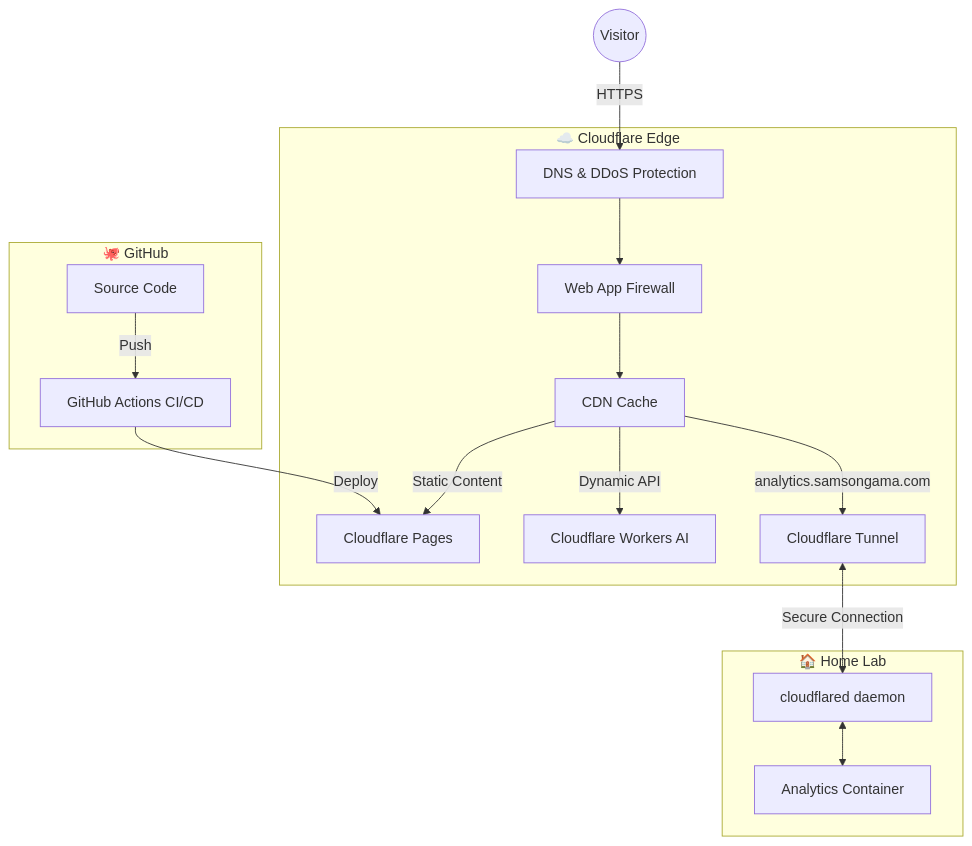
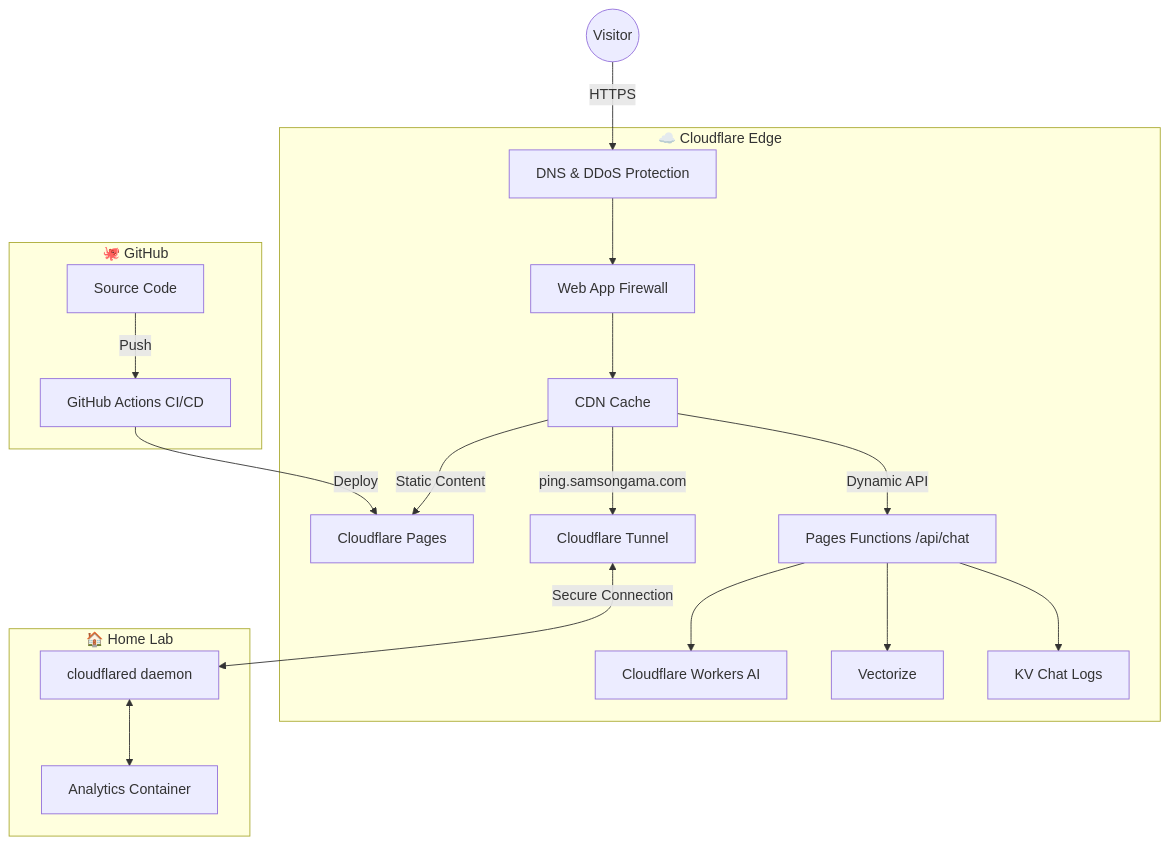
One commit to sgama/sg changed the first of 3 diagrams in content/posts/2026-01-26-website-stack/index.md. Above: the diagram before and after it, drawn with Mermaid. The commit also changed other lines of this file and 9 other files, not shown here.

```diff
--- a/content/posts/2026-01-26-website-stack/index.md
+++ b/content/posts/2026-01-26-website-stack/index.md
@@ -22,37 +23,43 @@
 {{< mermaid >}}
 graph TD
 User((Visitor))
 
 subgraph Cloudflare["☁️ Cloudflare Edge"]
     DNS[DNS & DDoS Protection]
     CDN[CDN Cache]
     WAF[Web App Firewall]
     Pages[Cloudflare Pages]
+    Functions[Pages Functions /api/chat]
     Workers[Cloudflare Workers AI]
+    Vectorize[Vectorize]
+    KV[KV Chat Logs]
     Tunnel[Cloudflare Tunnel]
 end
 
 subgraph Github["🐙 GitHub"]
     Repo[Source Code]
     Actions[GitHub Actions CI/CD]
 end
 
 subgraph HomeLab["🏠 Home Lab"]
     Cloudflared[cloudflared daemon]
     Analytics[Analytics Container]
 end
 
 User -->|HTTPS| DNS
 DNS --> WAF
 WAF --> CDN
 
 CDN -->|Static Content| Pages
-CDN -->|Dynamic API| Workers
-CDN -->|analytics.samsongama.com| Tunnel
+CDN -->|Dynamic API| Functions
+Functions --> Workers
+Functions --> Vectorize
+Functions --> KV
+CDN -->|ping.samsongama.com| Tunnel
 
 Tunnel <-->|Secure Connection| Cloudflared
 Cloudflared <--> Analytics
 
 Repo -->|Push| Actions
 Actions -->|Deploy| Pages
 {{< /mermaid >}}
```
